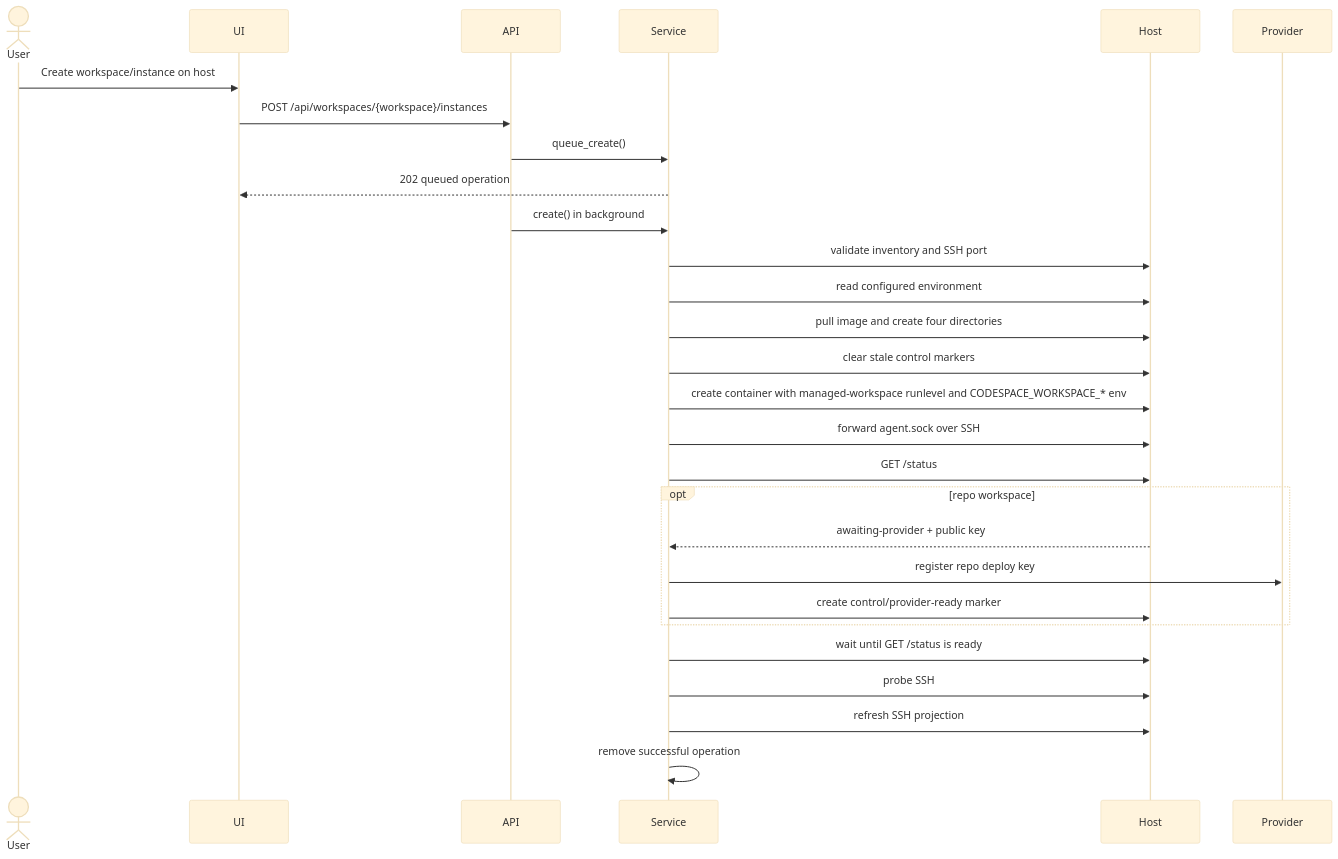
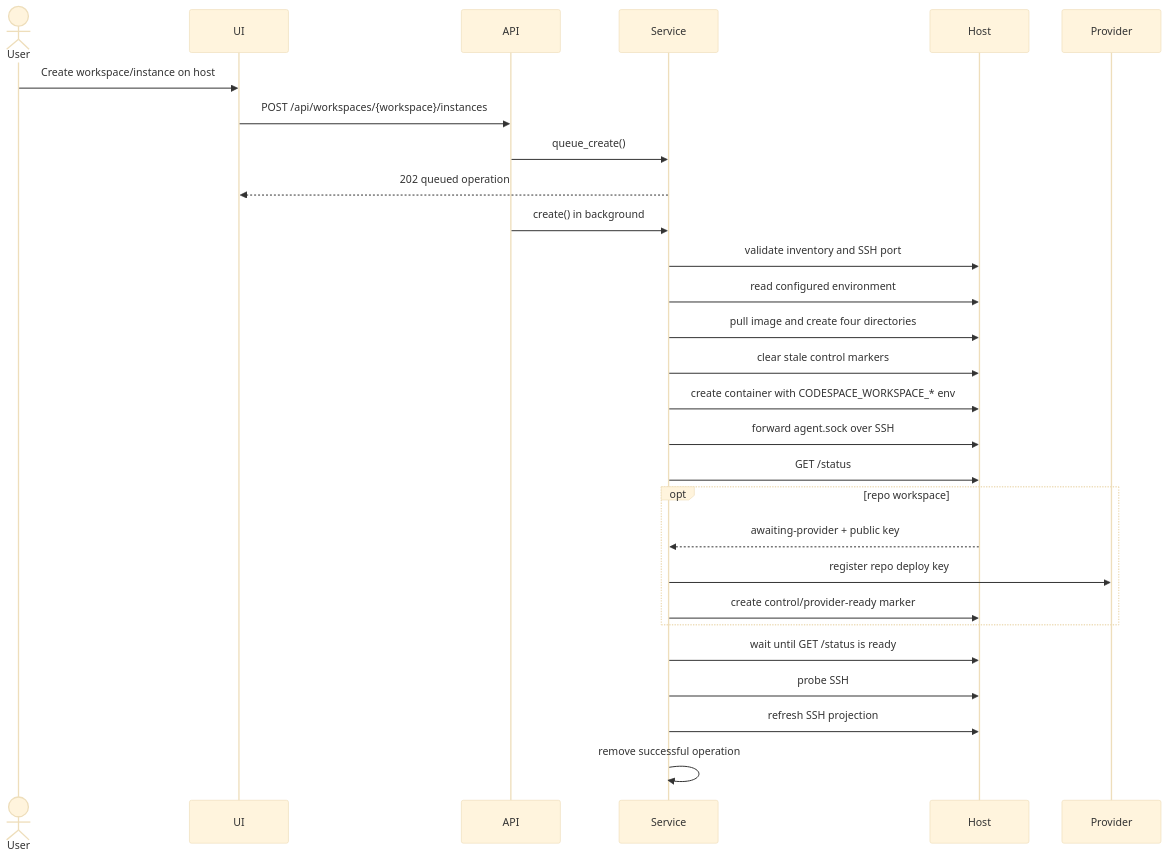
Before and after one commit to curoky/codespace: the sixth of 9 diagrams in controller/DESIGN.md, drawn with Mermaid (base theme). The commit also changed other lines of this file and 31 other files, not shown here.

First line of the commit message:
refactor(s6): restructure managed workspace service setup

````diff
--- a/controller/DESIGN.md
+++ b/controller/DESIGN.md
@@ -227,31 +227,31 @@
 ```mermaid
 sequenceDiagram
     actor User
     participant UI
     participant API
     participant Service
     participant Host
     participant Provider
 
     User->>UI: Create workspace/instance on host
     UI->>API: POST /api/workspaces/{workspace}/instances
     API->>Service: queue_create()
     Service-->>UI: 202 queued operation
     API->>Service: create() in background
     Service->>Host: validate inventory and SSH port
     Service->>Host: read configured environment
     Service->>Host: pull image and create four directories
     Service->>Host: clear stale control markers
-    Service->>Host: create container with managed-workspace runlevel and CODESPACE_WORKSPACE_* env
+    Service->>Host: create container with CODESPACE_WORKSPACE_* env
     Service->>Host: forward agent.sock over SSH
     Service->>Host: GET /status
     opt repo workspace
         Host-->>Service: awaiting-provider + public key
         Service->>Provider: register repo deploy key
         Service->>Host: create control/provider-ready marker
     end
     Service->>Host: wait until GET /status is ready
     Service->>Host: probe SSH
     Service->>Host: refresh SSH projection
     Service->>Service: remove successful operation
 ```
````
